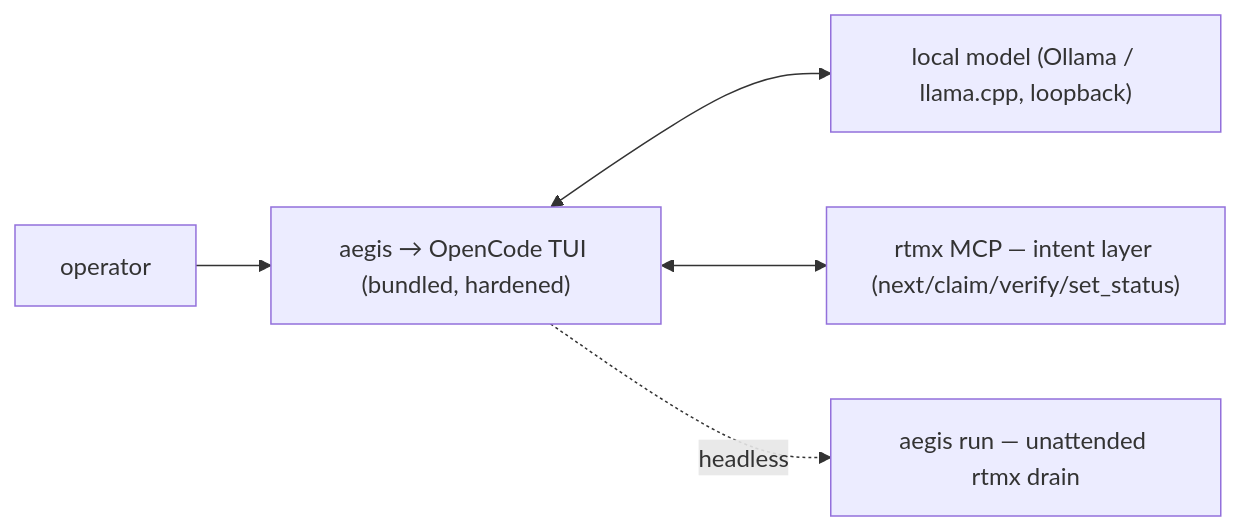
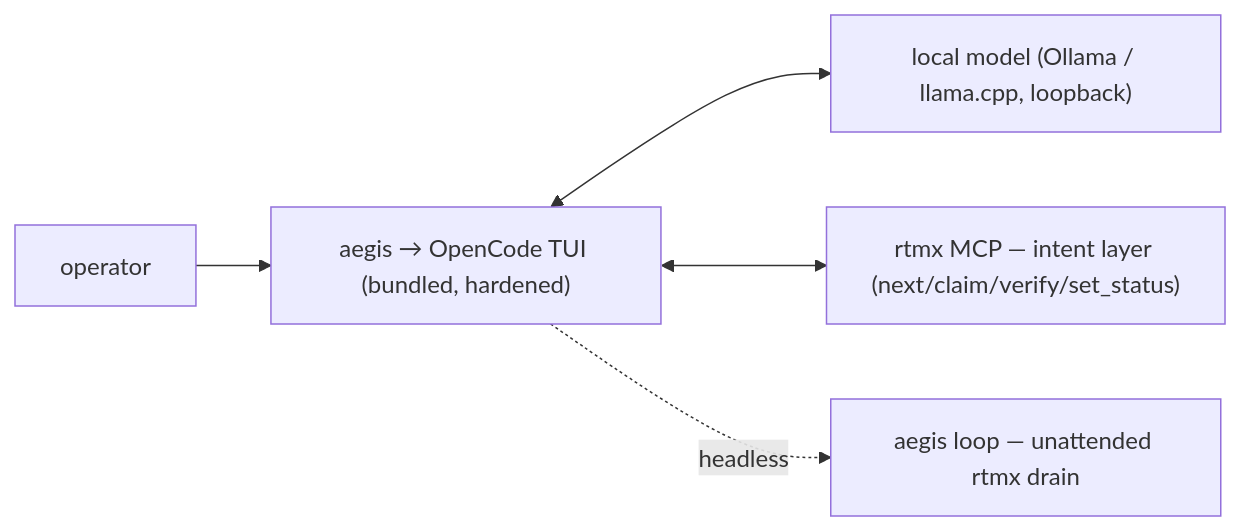
Before and after one commit to rtmx-ai/aegis-cli: the diagram in README.md, drawn with Mermaid. The commit also changed 14 other files, not shown here.

First line of the commit message:
feat(surface): hybrid grammar — run=one-shot, loop=drain; pivot to classic opencode run

````diff
--- a/README.md
+++ b/README.md
@@ -18,7 +18,7 @@
 ```mermaid
 flowchart LR
     user["operator"] --> tui["aegis → OpenCode TUI (bundled, hardened)"]
     tui <--> model["local model (Ollama / llama.cpp, loopback)"]
     tui <--> rtmx["rtmx MCP — intent layer (next/claim/verify/set_status)"]
-    tui -.headless.-> run["aegis run — unattended rtmx drain"]
+    tui -.headless.-> loop["aegis loop — unattended rtmx drain"]
 ```
````
